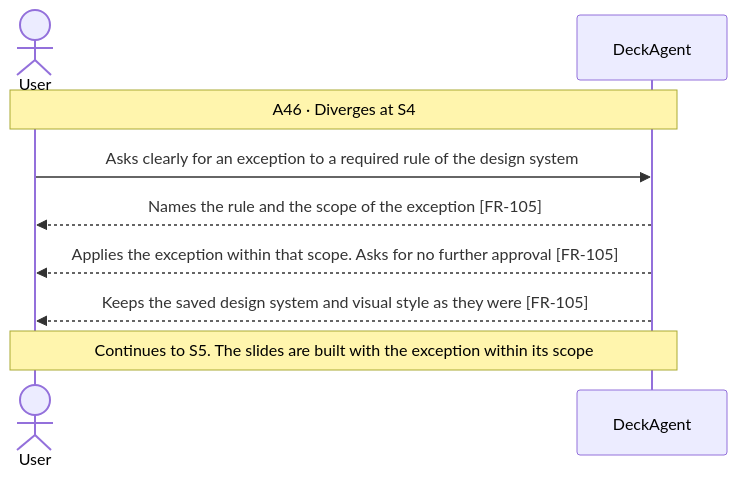
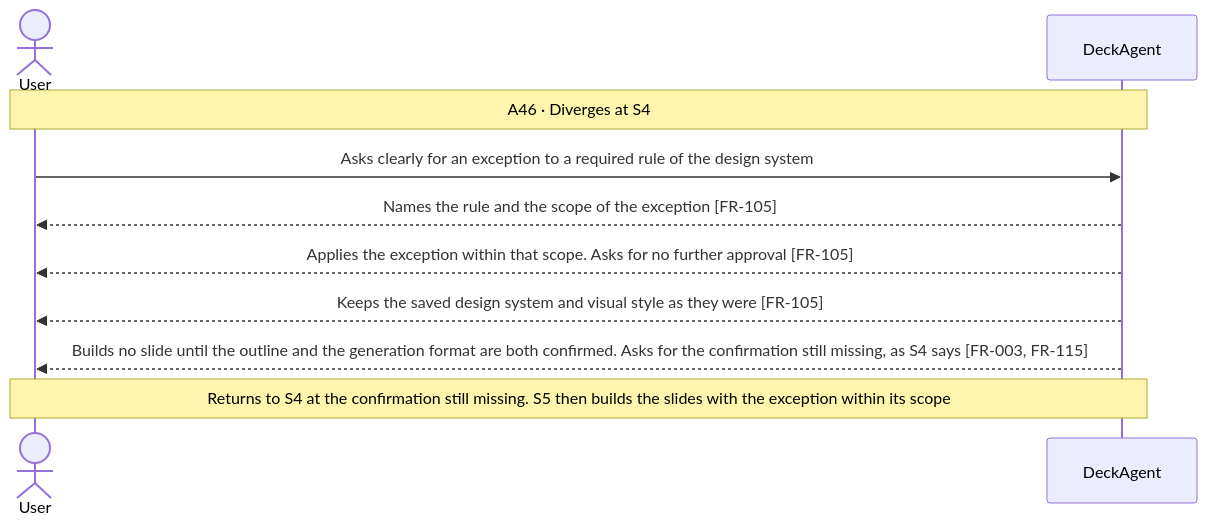
Diagram 27 of 32 in docs/spec/03-use-cases/UC-001.md (Luke23127006/DeckAgent), drawn with Mermaid before and after one commit. The commit also changed other lines of this file and 6 other files, not shown here.

````diff
--- a/docs/spec/03-use-cases/UC-001.md
+++ b/docs/spec/03-use-cases/UC-001.md
@@ -471,11 +475,12 @@
 ```mermaid
 sequenceDiagram
     actor User
     participant DeckAgent
     Note over User,DeckAgent: A46 · Diverges at S4
     User->>DeckAgent: Asks clearly for an exception to a required rule of the design system
     DeckAgent-->>User: Names the rule and the scope of the exception [FR-105]
     DeckAgent-->>User: Applies the exception within that scope. Asks for no further approval [FR-105]
     DeckAgent-->>User: Keeps the saved design system and visual style as they were [FR-105]
-    Note over User,DeckAgent: Continues to S5. The slides are built with the exception within its scope
+    DeckAgent-->>User: Builds no slide until the outline and the generation format are both confirmed. Asks for the confirmation still missing, as S4 says [FR-003, FR-115]
+    Note over User,DeckAgent: Returns to S4 at the confirmation still missing. S5 then builds the slides with the exception within its scope
 ```
````
